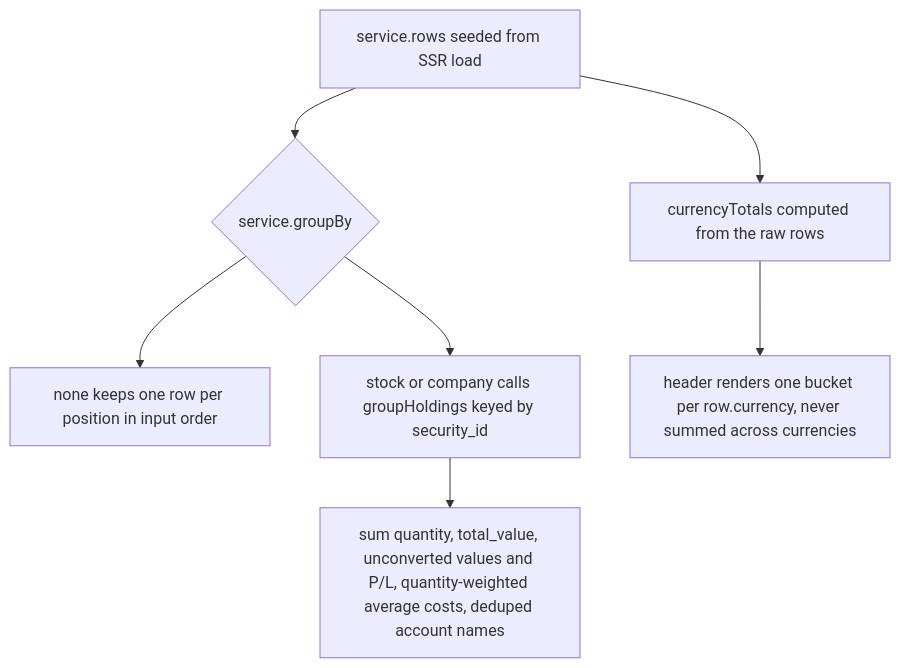
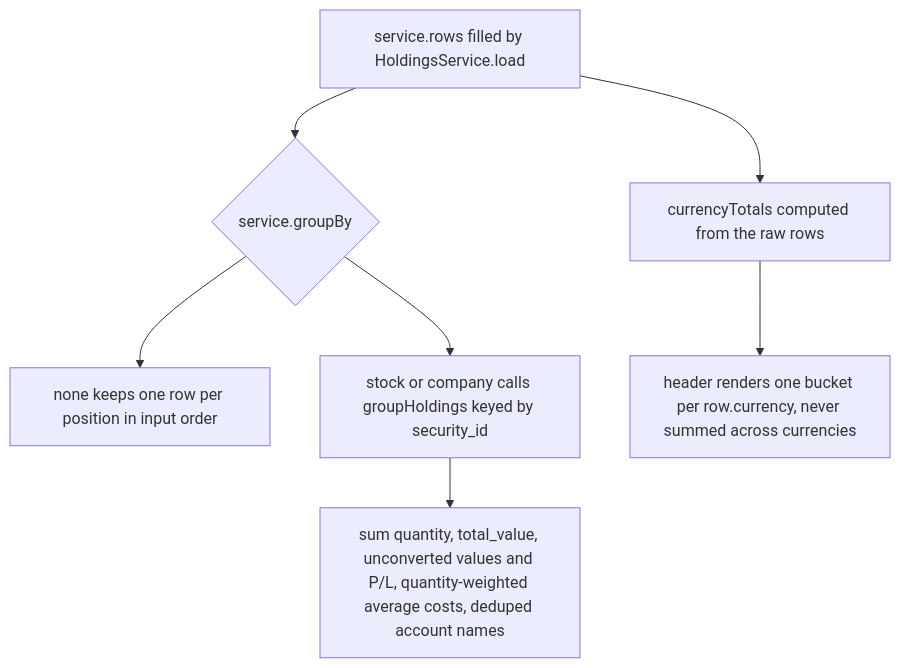
The second of 2 diagrams in openwiki/workflows/accounts-and-holdings-views.md (havekes/retail-portfolio), drawn with Mermaid before and after one commit. The commit also changed other lines of this file and 32 other files, not shown here.

````diff
--- a/openwiki/workflows/accounts-and-holdings-views.md
+++ b/openwiki/workflows/accounts-and-holdings-views.md
@@ -321,9 +456,9 @@
 ```mermaid
 flowchart TD
-    Rows["service.rows seeded from SSR load"] --> Mode{"service.groupBy"}
+    Rows["service.rows filled by HoldingsService.load"] --> Mode{"service.groupBy"}
     Mode --> Flat["none keeps one row per position in input order"]
     Mode --> Stock["stock or company calls groupHoldings keyed by security_id"]
     Stock --> Sums["sum quantity, total_value, unconverted values and P/L, quantity-weighted average costs, deduped account names"]
     Rows --> Buckets["currencyTotals computed from the raw rows"]
     Buckets --> Render["header renders one bucket per row.currency, never summed across currencies"]
 ```
````
